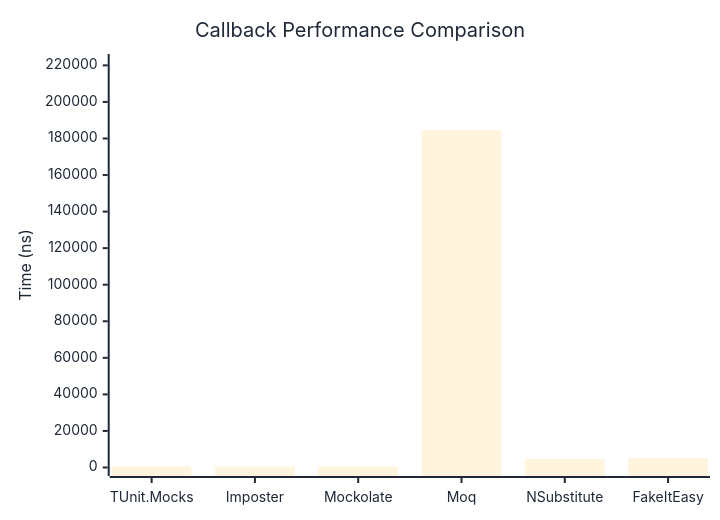
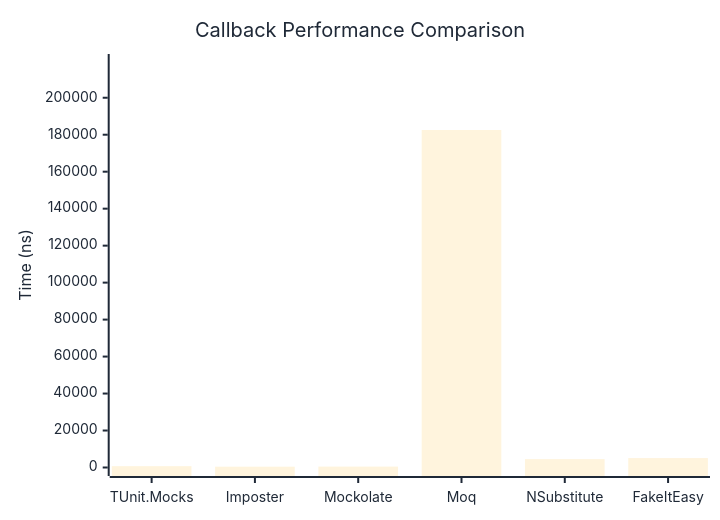
The first of 2 diagrams in docs/docs/benchmarks/mocks/Callback.md (thomhurst/TUnit), drawn with Mermaid before and after one commit. The commit also changed other lines of this file and 14 other files, not shown here.

````diff
--- a/docs/docs/benchmarks/mocks/Callback.md
+++ b/docs/docs/benchmarks/mocks/Callback.md
@@ -28,27 +28,27 @@
 ```mermaid
 %%{init: {
   'theme':'base',
   'themeVariables': {
     'primaryColor': '#2563eb',
     'primaryTextColor': '#1f2937',
     'primaryBorderColor': '#1e40af',
     'lineColor': '#6b7280',
     'secondaryColor': '#7c3aed',
     'tertiaryColor': '#dc2626',
     'background': '#ffffff',
     'pie1': '#2563eb',
     'pie2': '#7c3aed',
     'pie3': '#dc2626',
     'pie4': '#f59e0b',
     'pie5': '#10b981',
     'pie6': '#06b6d4',
     'pie7': '#ec4899',
     'pie8': '#6366f1'
   }
 }}%%
 xychart-beta
   title "Callback Performance Comparison"
   x-axis ["TUnit.Mocks", "Imposter", "Mockolate", "Moq", "NSubstitute", "FakeItEasy"]
-  y-axis "Time (ns)" 0 --> 221573
-  bar [651.9, 483.2, 540, 184643.6, 4630, 5166.1]
+  y-axis "Time (ns)" 0 --> 219062
+  bar [719.4, 448.2, 491.8, 182551.5, 4534.1, 5100.9]
 ```
````
